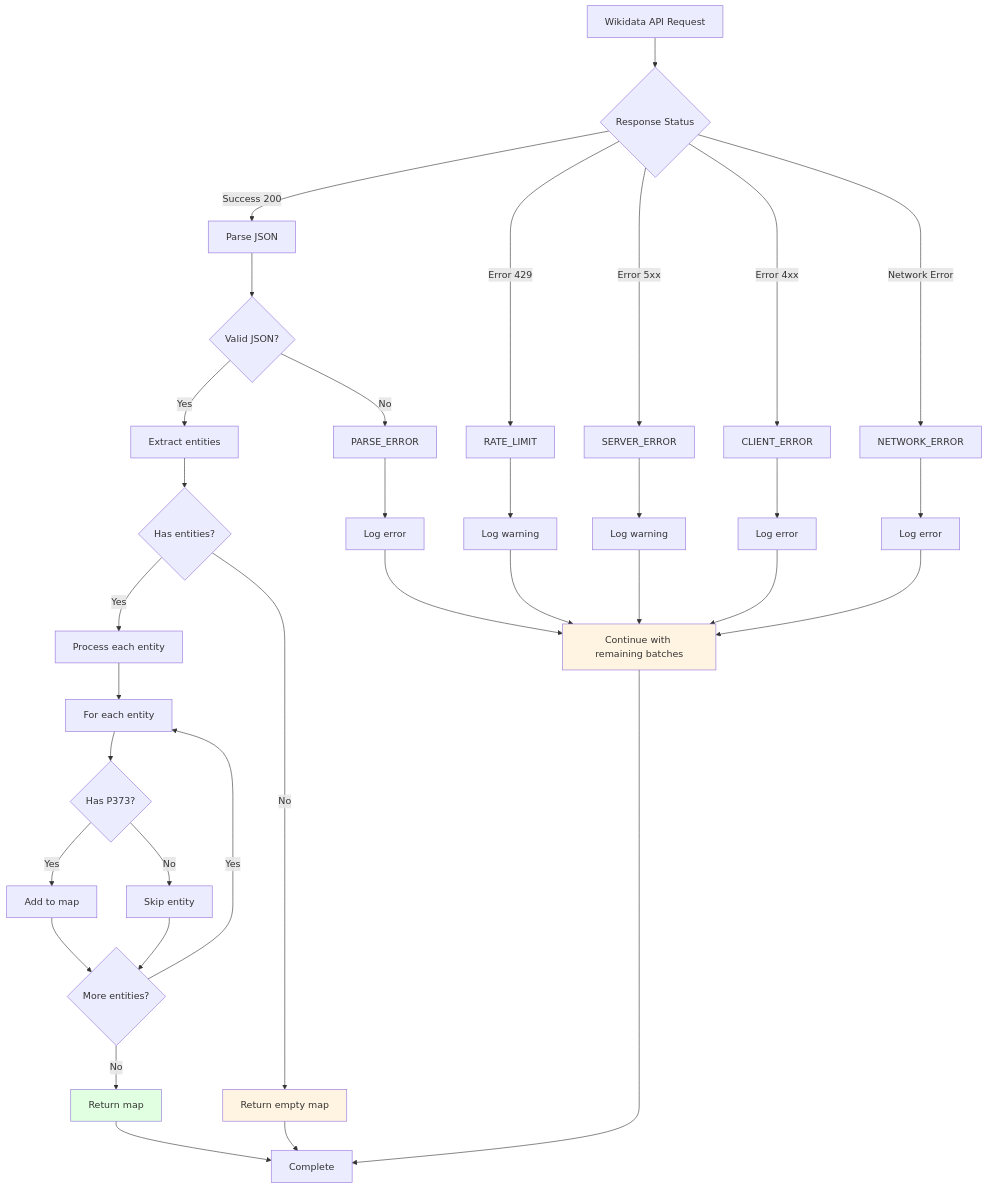
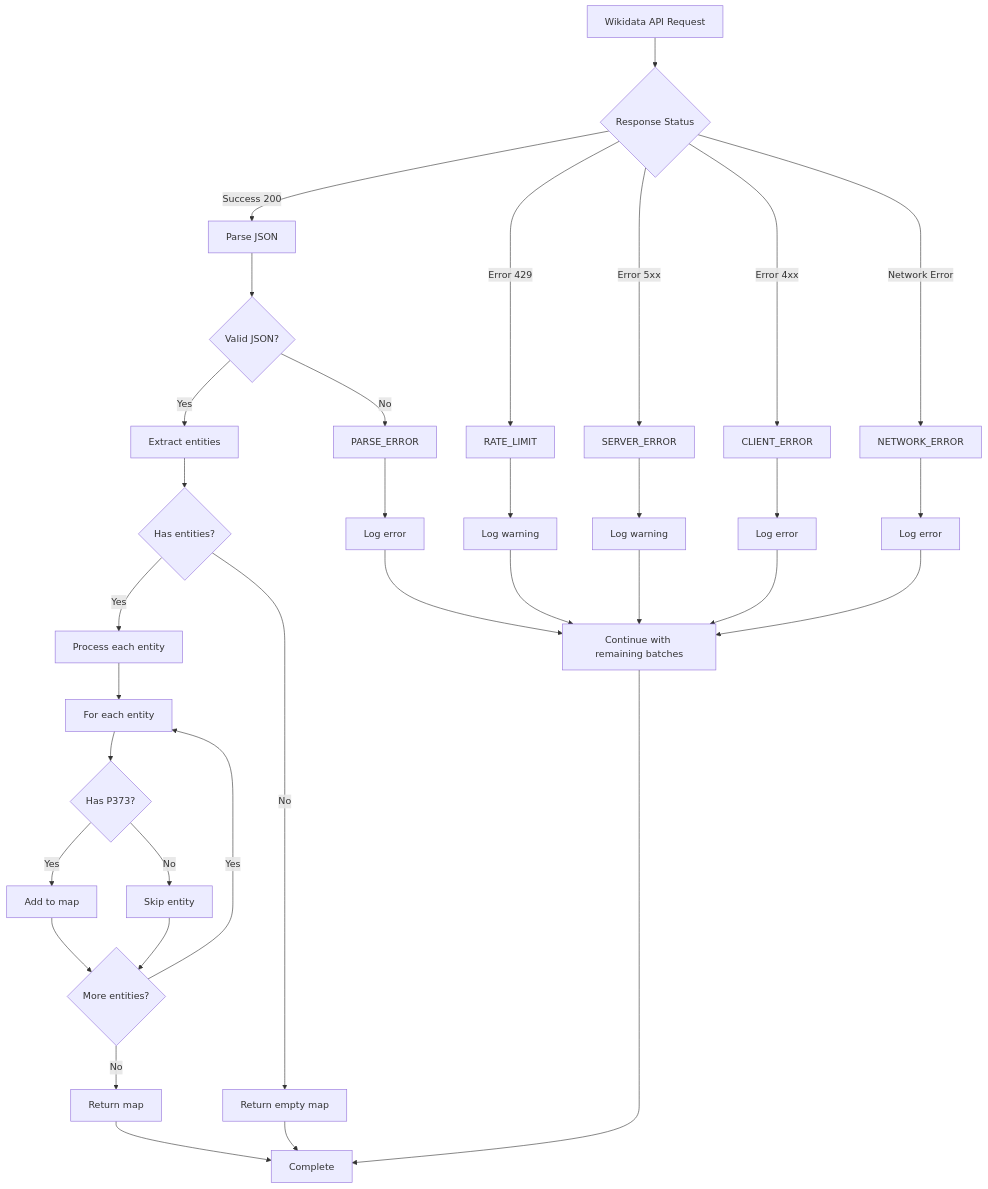
Diagram 16 of 19 in docs/import/api-interactions.md (DaxServer/geocode-commons-categories), drawn with Mermaid before and after one commit. The commit also changed other lines of this file and 5 other files, not shown here.

````diff
--- a/docs/import/api-interactions.md
+++ b/docs/import/api-interactions.md
@@ -504,50 +468,47 @@
 ```mermaid
 graph TD
     START[Wikidata API Request] --> RESPONSE{Response Status}
 
     RESPONSE -->|Success 200| PARSE[Parse JSON]
     RESPONSE -->|Error 429| RATE_LIMIT
     RESPONSE -->|Error 5xx| SERVER_ERROR
     RESPONSE -->|Error 4xx| CLIENT_ERROR
     RESPONSE -->|Network Error| NETWORK_ERROR
 
     PARSE --> VALID_JSON{Valid JSON?}
     VALID_JSON -->|Yes| EXTRACT[Extract entities]
     VALID_JSON -->|No| PARSE_ERROR
 
     EXTRACT --> HAS_ENTITIES{Has entities?}
     HAS_ENTITIES -->|Yes| PROCESS[Process each entity]
     HAS_ENTITIES -->|No| EMPTY[Return empty map]
 
     PROCESS --> FOR_EACH[For each entity]
 
     FOR_EACH --> HAS_P373{Has P373?}
     HAS_P373 -->|Yes| ADD[Add to map]
     HAS_P373 -->|No| SKIP_ENTITY[Skip entity]
 
     ADD --> MORE_ENTITIES{More entities?}
     SKIP_ENTITY --> MORE_ENTITIES
 
     MORE_ENTITIES -->|Yes| FOR_EACH
     MORE_ENTITIES -->|No| SUCCESS[Return map]
 
     RATE_LIMIT --> LOG_1[Log warning]
     SERVER_ERROR --> LOG_2[Log warning]
     CLIENT_ERROR --> LOG_3[Log error]
     NETWORK_ERROR --> LOG_4[Log error]
     PARSE_ERROR --> LOG_5[Log error]
 
     LOG_1 --> CONTINUE[Continue with remaining batches]
     LOG_2 --> CONTINUE
     LOG_3 --> CONTINUE
     LOG_4 --> CONTINUE
     LOG_5 --> CONTINUE
 
     SUCCESS --> END[Complete]
     EMPTY --> END
     CONTINUE --> END
 
-    style SUCCESS fill:#e1ffe1
-    style EMPTY fill:#fff4e1
-    style CONTINUE fill:#fff4e1
 ```
````
